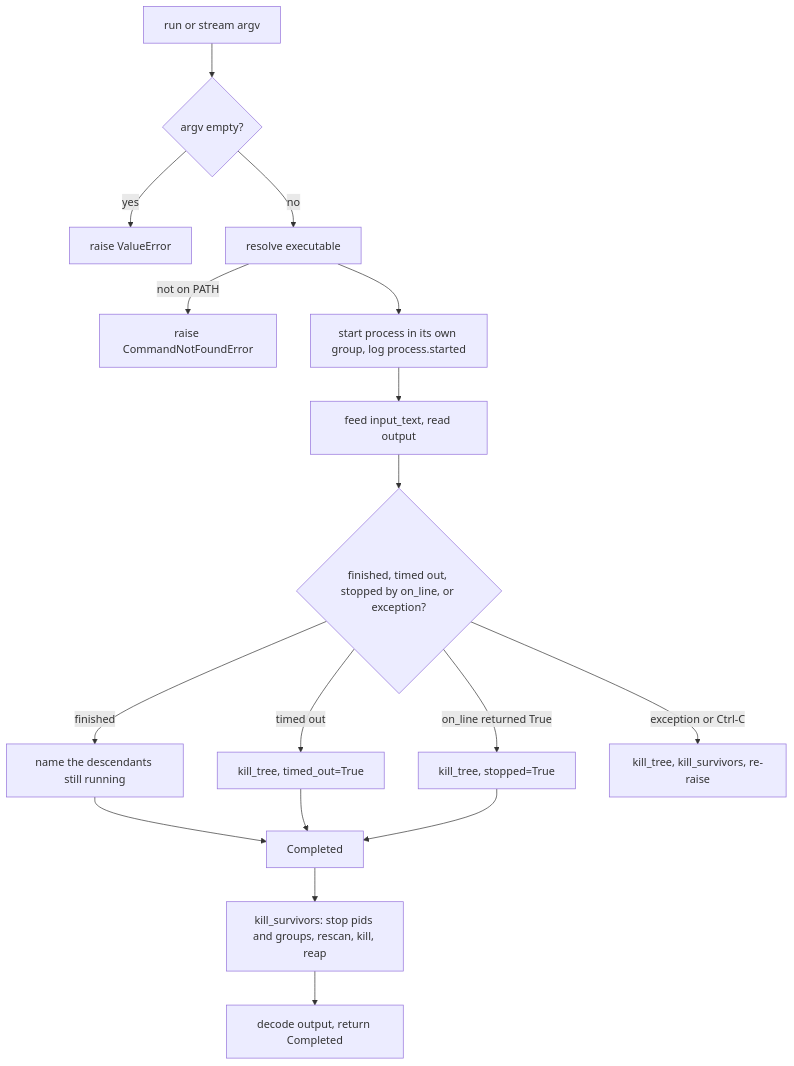
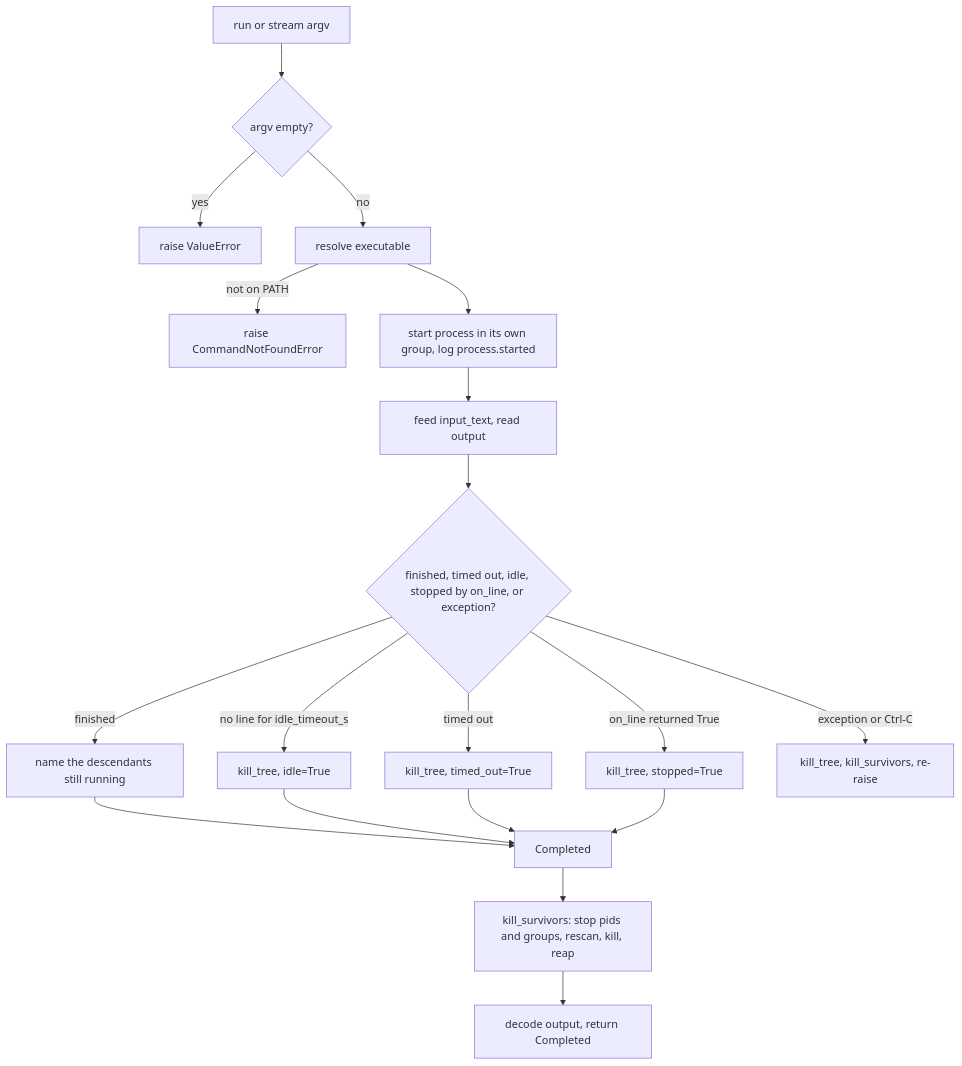
One commit to plaplanche/ariane changed the first of 3 diagrams in docs/architecture/modules/process.md. Above: the diagram before and after it, drawn with Mermaid. The commit also changed other lines of this file and 22 other files, not shown here.

````diff
--- a/docs/architecture/modules/process.md
+++ b/docs/architecture/modules/process.md
@@ -32,19 +32,21 @@
 ```mermaid
 flowchart TD
   A[run or stream argv] --> B{argv empty?}
   B -- yes --> X[raise ValueError]
   B -- no --> C[resolve executable]
   C -- not on PATH --> Y[raise CommandNotFoundError]
   C --> D[start process in its own group, log process.started]
   D --> E[feed input_text, read output]
-  E --> F{finished, timed out, stopped by on_line, or exception?}
+  E --> F{finished, timed out, idle, stopped by on_line, or exception?}
   F -- finished --> L[name the descendants still running]
   L --> G[Completed]
   F -- timed out --> H[kill_tree, timed_out=True]
+  F -- no line for idle_timeout_s --> N[kill_tree, idle=True]
+  N --> G
   F -- on_line returned True --> I[kill_tree, stopped=True]
   F -- exception or Ctrl-C --> J[kill_tree, kill_survivors, re-raise]
   H --> G
   I --> G
   G --> S[kill_survivors: stop pids and groups, rescan, kill, reap]
   S --> K[decode output, return Completed]
 ```
````
